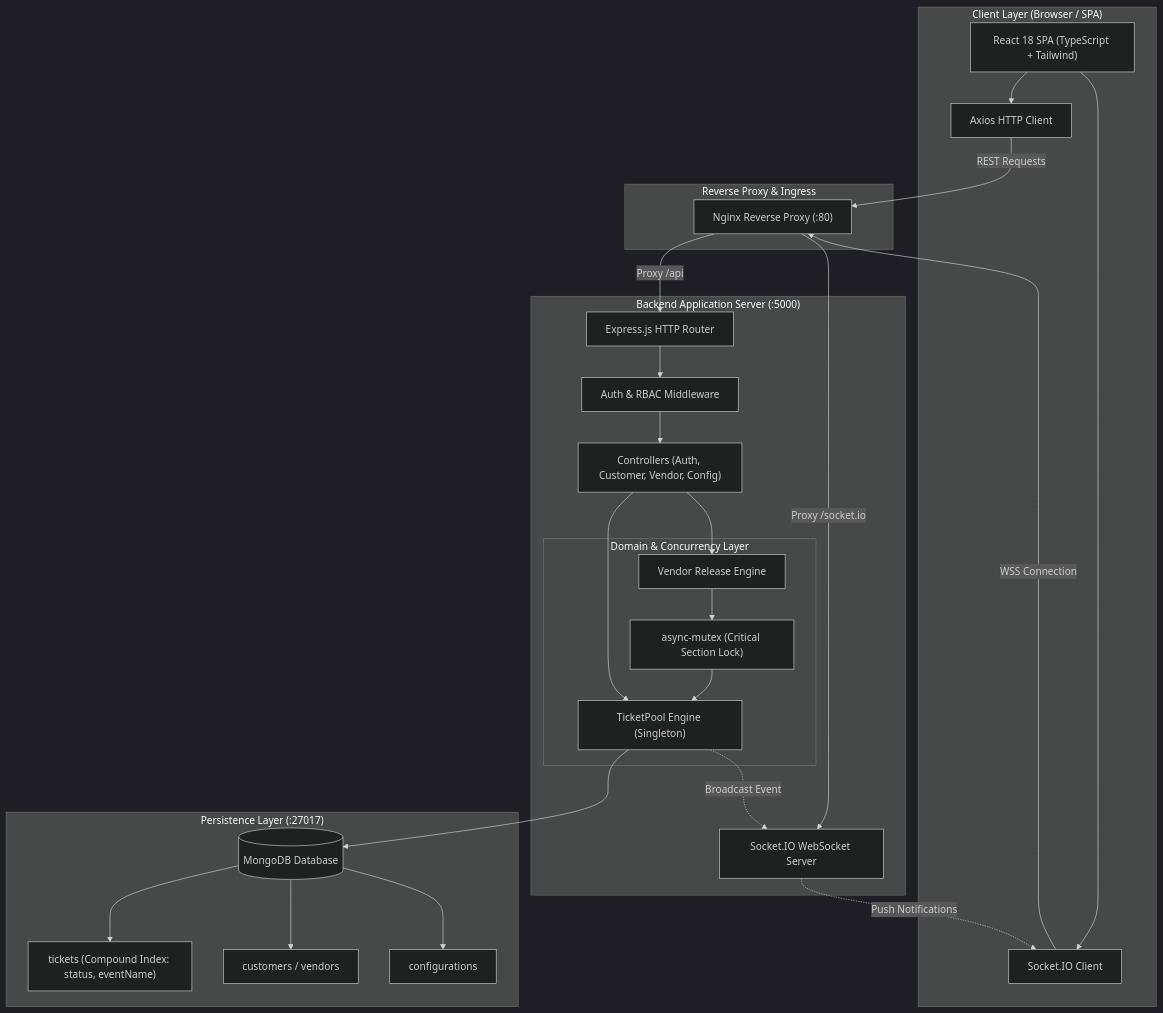
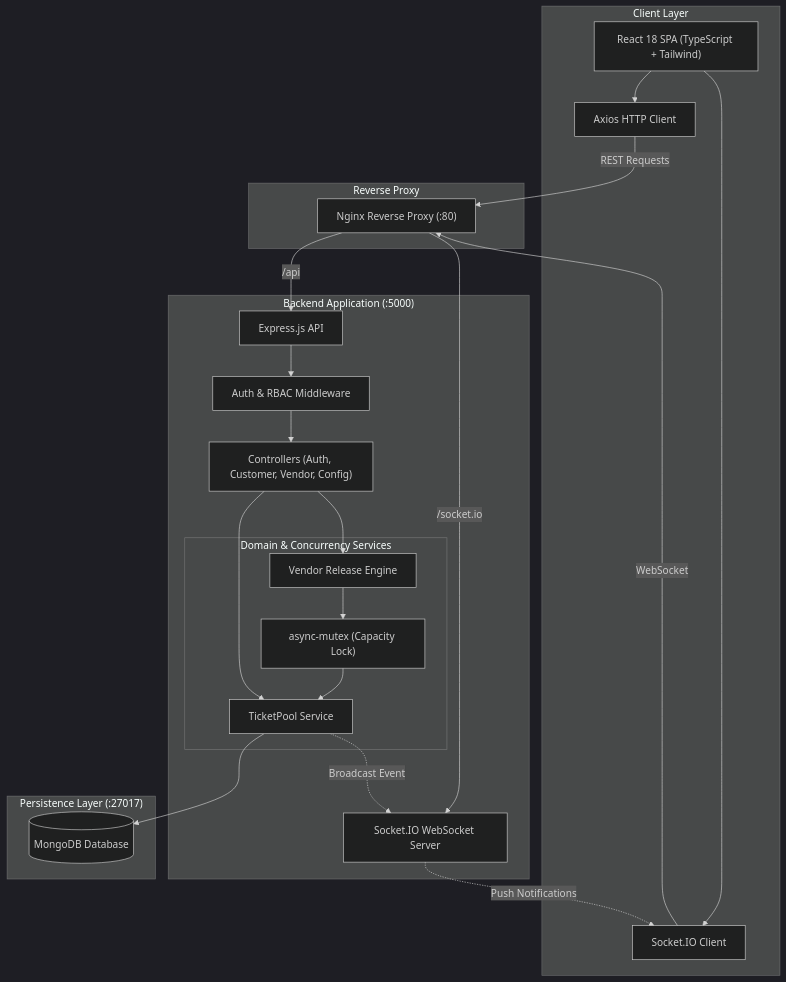
One commit to anjaya02/wavepass-ticketing-system changed the first of 2 diagrams in README.md. Above: the diagram before and after it, drawn with Mermaid (dark theme). The commit also changed other lines of this file and 2 other files, not shown here.

````diff
--- a/README.md
+++ b/README.md
@@ -102,49 +51,43 @@
 ```mermaid
 graph TB
-    subgraph ClientLayer ["Client Layer (Browser / SPA)"]
+    subgraph Client ["Client Layer"]
         UI["React 18 SPA (TypeScript + Tailwind)"]
         SocketClient["Socket.IO Client"]
         AxiosClient["Axios HTTP Client"]
     end
 
-    subgraph GatewayLayer ["Reverse Proxy & Ingress"]
+    subgraph Gateway ["Reverse Proxy"]
         Nginx["Nginx Reverse Proxy (:80)"]
     end
 
-    subgraph ServerLayer ["Backend Application Server (:5000)"]
-        Express["Express.js HTTP Router"]
+    subgraph Server ["Backend Application (:5000)"]
+        Express["Express.js API"]
         AuthMid["Auth & RBAC Middleware"]
         Controllers["Controllers (Auth, Customer, Vendor, Config)"]
         SocketServer["Socket.IO WebSocket Server"]
         
-        subgraph DomainLayer ["Domain & Concurrency Layer"]
-            Mutex["async-mutex (Critical Section Lock)"]
-            TPool["TicketPool Engine (Singleton)"]
+        subgraph Domain ["Domain & Concurrency Services"]
+            Mutex["async-mutex (Capacity Lock)"]
+            TPool["TicketPool Service"]
             VendorWorker["Vendor Release Engine"]
         end
     end
 
-    subgraph DataLayer ["Persistence Layer (:27017)"]
+    subgraph Database ["Persistence Layer (:27017)"]
         Mongo[("MongoDB Database")]
-        TicketColl["tickets (Compound Index: status, eventName)"]
-        UserColl["customers / vendors"]
-        ConfigColl["configurations"]
     end
 
     UI --> AxiosClient
     UI --> SocketClient
     AxiosClient -->|REST Requests| Nginx
-    SocketClient -->|WSS Connection| Nginx
-    Nginx -->|Proxy /api| Express
-    Nginx -->|Proxy /socket.io| SocketServer
+    SocketClient -->|WebSocket| Nginx
+    Nginx -->|/api| Express
+    Nginx -->|/socket.io| SocketServer
     Express --> AuthMid --> Controllers
     Controllers --> TPool
     Controllers --> VendorWorker
     VendorWorker --> Mutex --> TPool
     TPool --> Mongo
-    Mongo --> TicketColl
-    Mongo --> UserColl
-    Mongo --> ConfigColl
     TPool -.->|Broadcast Event| SocketServer
     SocketServer -.->|Push Notifications| SocketClient
 ```
````
